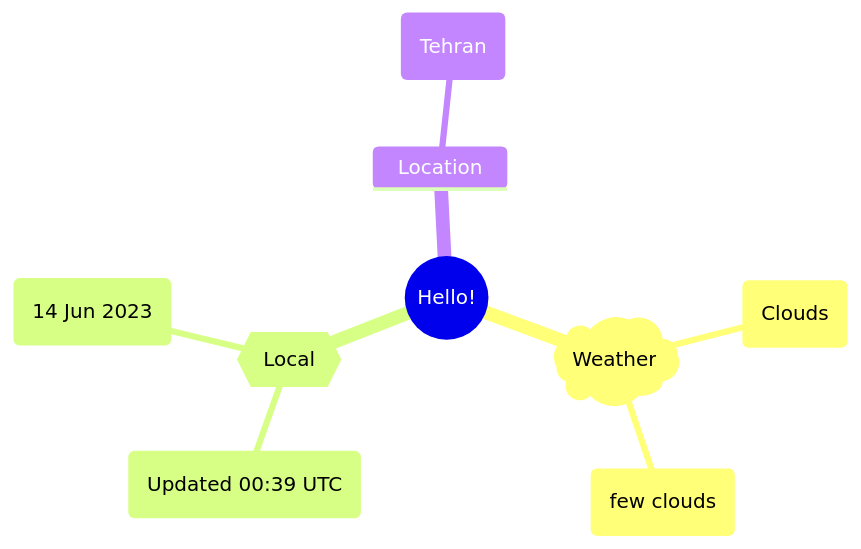
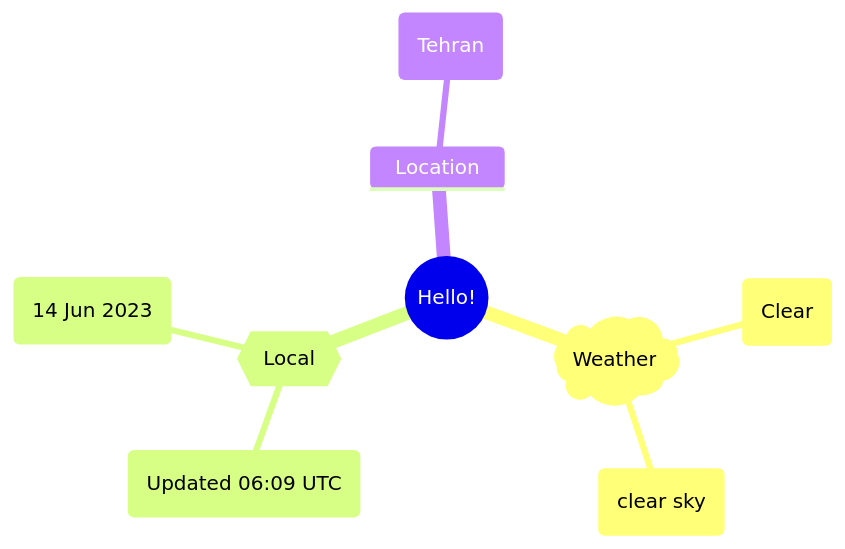
Before and after one commit to Xosrov/Xosrov: the first of 2 diagrams in README.md, drawn with Mermaid.

Commit message:
[bot] updated images

````diff
--- a/README.md
+++ b/README.md
@@ -3,12 +3,12 @@
 ```mermaid
 mindmap
   root((Hello!))
     )Weather(
-        (Clouds)
-        (few clouds)
+        (Clear)
+        (clear sky)
     {{Local}}
-        (Updated 00:39 UTC)
+        (Updated 06:09 UTC)
         (14 Jun 2023)
     Location
         (Tehran)
 ```
````
